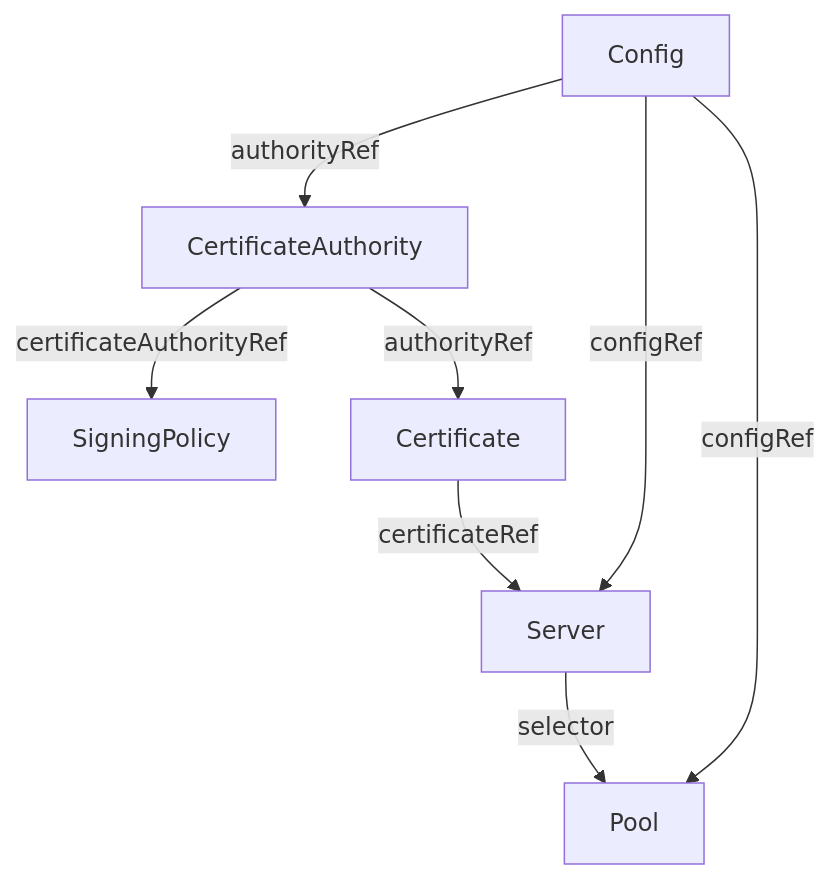
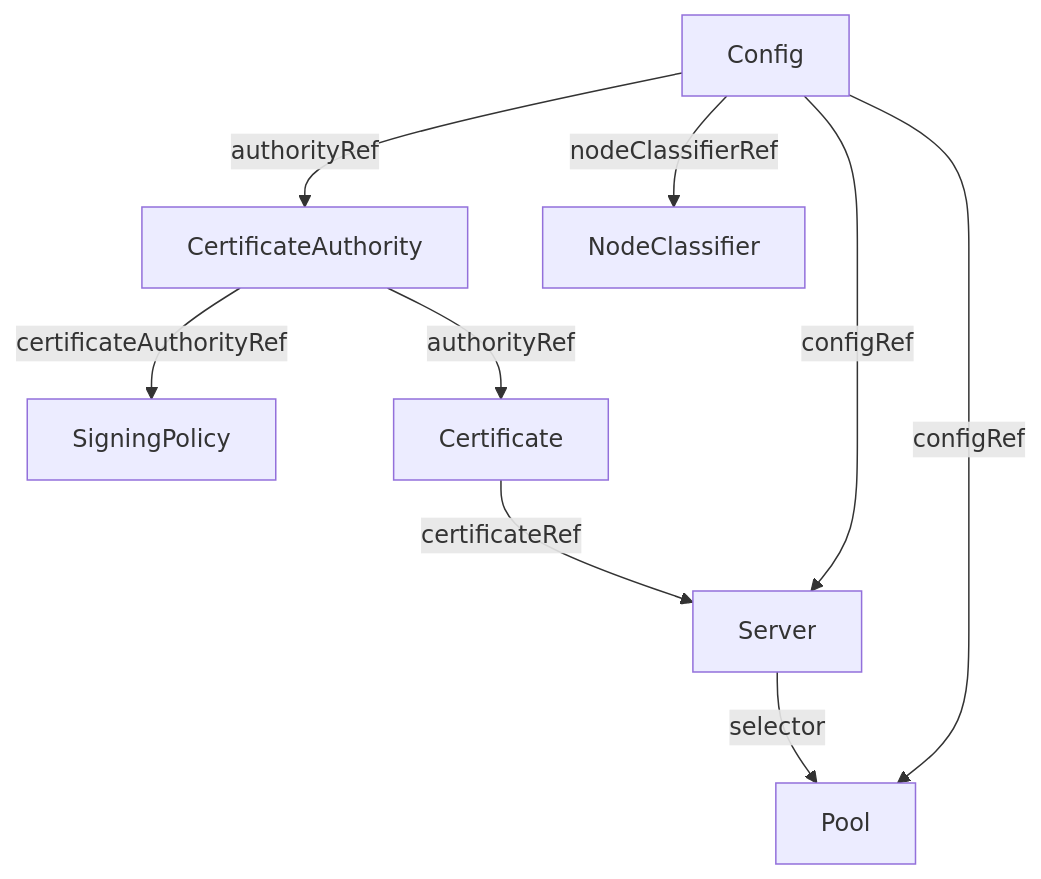
Before and after one commit to mathildabot/openvox-operator: the diagram in docs/reference/index.md, drawn with Mermaid. The commit also changed other lines of this file and 21 other files, not shown here.

First line of the commit message:
feat: add NodeClassifier CRD and openvox-enc binary

````diff
--- a/docs/reference/index.md
+++ b/docs/reference/index.md
@@ -7,17 +7,19 @@
 ```mermaid
 graph TD
     Cfg["Config"]
     CA["CertificateAuthority"]
     SP["SigningPolicy"]
+    NC["NodeClassifier"]
     Cert["Certificate"]
     Srv["Server"]
     Pool["Pool"]
 
     Cfg -->|authorityRef| CA
+    Cfg -->|nodeClassifierRef| NC
     CA -->|certificateAuthorityRef| SP
     CA -->|authorityRef| Cert
     Cert -->|certificateRef| Srv
     Cfg -->|configRef| Srv
     Srv -->|selector| Pool
     Cfg -->|configRef| Pool
 ```
````
